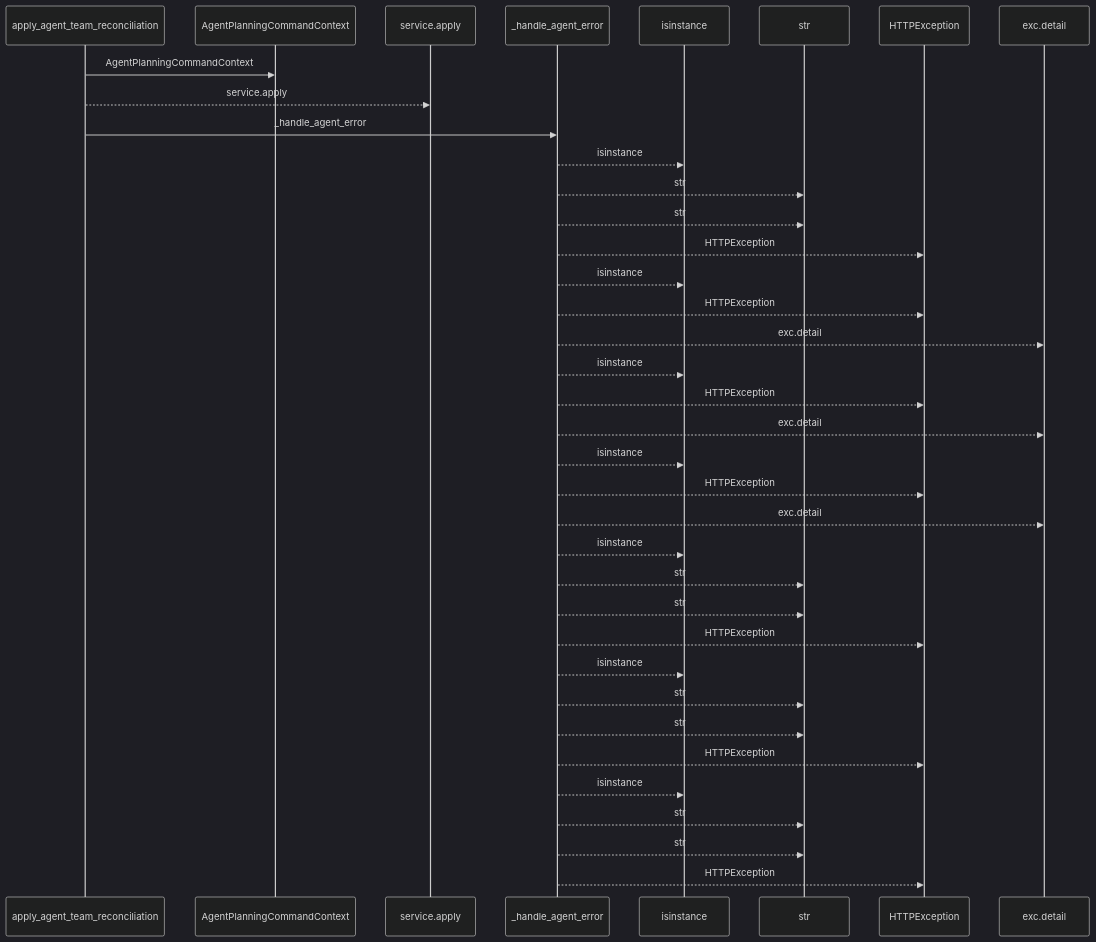
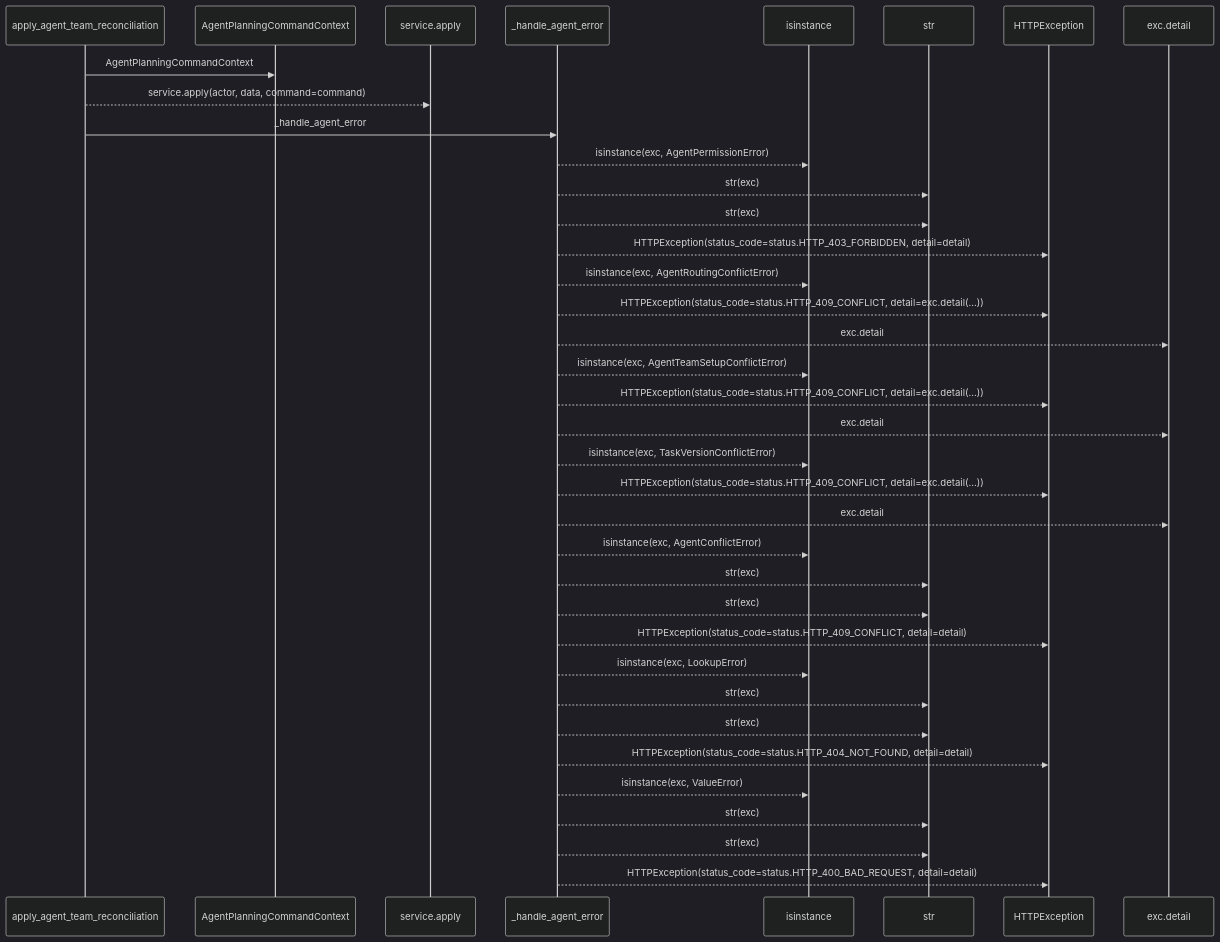
The first of 2 diagrams in docs/llm_wiki/flows/http-apply_agent_team_reconciliation.md (Denissvgn/WorkChord), drawn with Mermaid (dark theme) before and after one commit. The commit also changed other lines of this file and 25171 other files, not shown here.

````diff
--- a/docs/llm_wiki/flows/http-apply_agent_team_reconciliation.md
+++ b/docs/llm_wiki/flows/http-apply_agent_team_reconciliation.md
@@ -10,39 +12,39 @@
 ```mermaid
 sequenceDiagram
     participant p0 as apply_agent_team_reconciliation
     participant p1 as AgentPlanningCommandContext
     participant p2 as service.apply
     participant p3 as _handle_agent_error
     participant p4 as isinstance
     participant p5 as str
     participant p6 as HTTPException
     participant p7 as exc.detail
     p0->>p1: AgentPlanningCommandContext
-    p0-->>p2: service.apply
+    p0-->>p2: service.apply(actor, data, command=command)
     p0->>p3: _handle_agent_error
-    p3-->>p4: isinstance
-    p3-->>p5: str
-    p3-->>p5: str
-    p3-->>p6: HTTPException
-    p3-->>p4: isinstance
-    p3-->>p6: HTTPException
+    p3-->>p4: isinstance(exc, AgentPermissionError)
+    p3-->>p5: str(exc)
+    p3-->>p5: str(exc)
+    p3-->>p6: HTTPException(status_code=status.HTTP_403_FORBIDDEN, detail=detail)
+    p3-->>p4: isinstance(exc, AgentRoutingConflictError)
+    p3-->>p6: HTTPException(status_code=status.HTTP_409_CONFLICT, detail=exc.detail(...))
     p3-->>p7: exc.detail
-    p3-->>p4: isinstance
-    p3-->>p6: HTTPException
+    p3-->>p4: isinstance(exc, AgentTeamSetupConflictError)
+    p3-->>p6: HTTPException(status_code=status.HTTP_409_CONFLICT, detail=exc.detail(...))
     p3-->>p7: exc.detail
-    p3-->>p4: isinstance
-    p3-->>p6: HTTPException
+    p3-->>p4: isinstance(exc, TaskVersionConflictError)
+    p3-->>p6: HTTPException(status_code=status.HTTP_409_CONFLICT, detail=exc.detail(...))
     p3-->>p7: exc.detail
-    p3-->>p4: isinstance
-    p3-->>p5: str
-    p3-->>p5: str
-    p3-->>p6: HTTPException
-    p3-->>p4: isinstance
-    p3-->>p5: str
-    p3-->>p5: str
-    p3-->>p6: HTTPException
-    p3-->>p4: isinstance
-    p3-->>p5: str
-    p3-->>p5: str
-    p3-->>p6: HTTPException
+    p3-->>p4: isinstance(exc, AgentConflictError)
+    p3-->>p5: str(exc)
+    p3-->>p5: str(exc)
+    p3-->>p6: HTTPException(status_code=status.HTTP_409_CONFLICT, detail=detail)
+    p3-->>p4: isinstance(exc, LookupError)
+    p3-->>p5: str(exc)
+    p3-->>p5: str(exc)
+    p3-->>p6: HTTPException(status_code=status.HTTP_404_NOT_FOUND, detail=detail)
+    p3-->>p4: isinstance(exc, ValueError)
+    p3-->>p5: str(exc)
+    p3-->>p5: str(exc)
+    p3-->>p6: HTTPException(status_code=status.HTTP_400_BAD_REQUEST, detail=detail)
 ```
````
